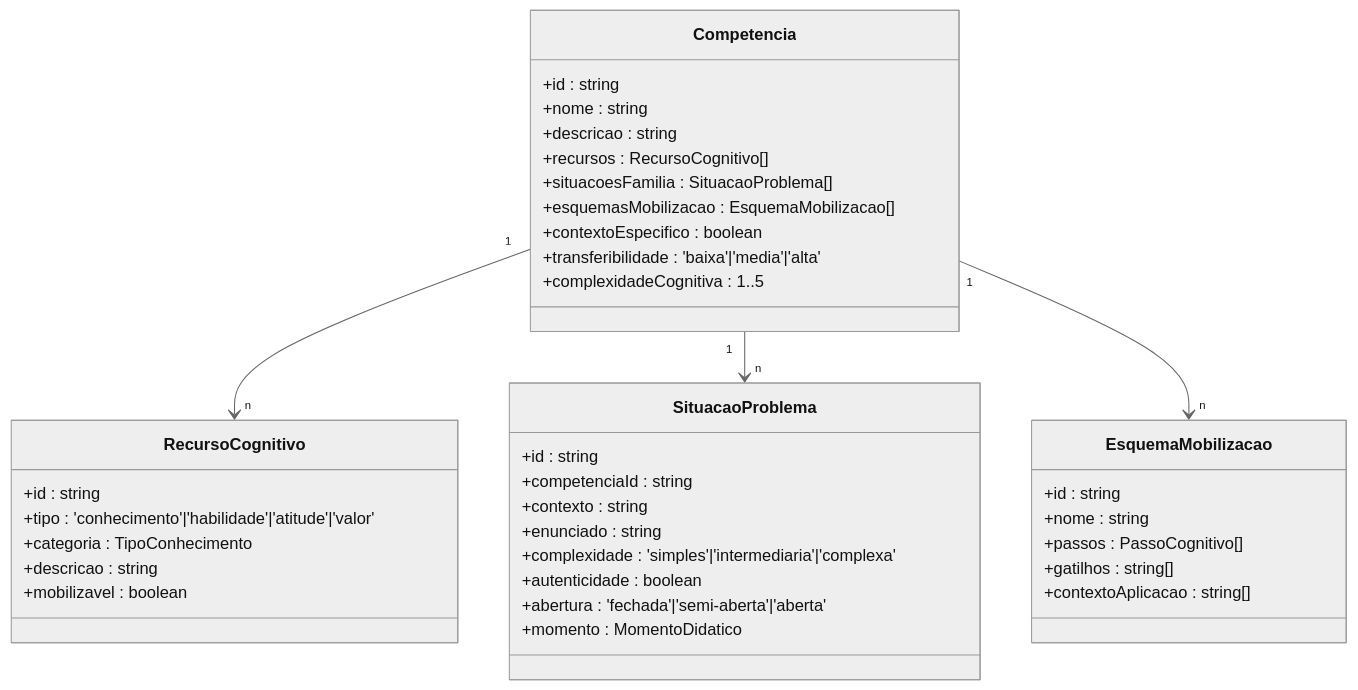
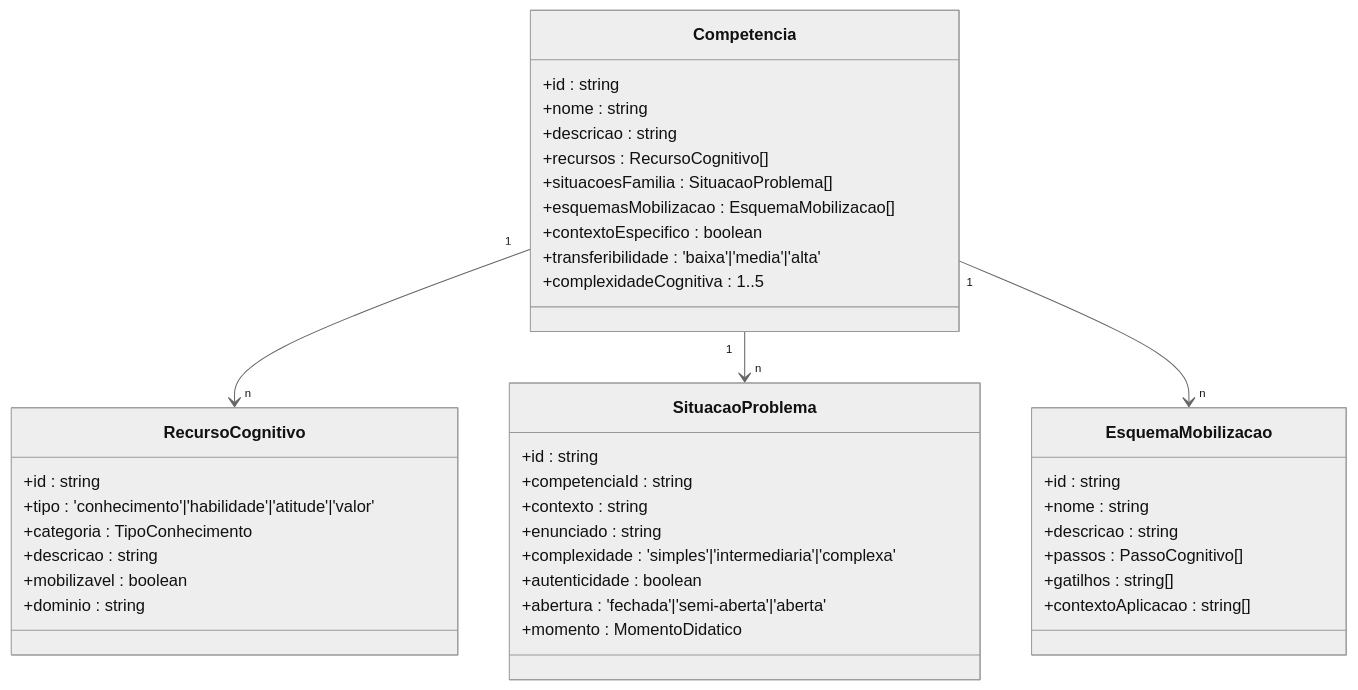
The fourth of 7 diagrams in .qoder/repowiki/pt/content/Domínio Pedagógico.md (jordansmedeiros/virtuquest), drawn with Mermaid (neutral theme) before and after one commit. The commit also changed other lines of this file and 22 other files, not shown here.

````diff
--- a/.qoder/repowiki/pt/content/Domínio Pedagógico.md
+++ b/.qoder/repowiki/pt/content/Domínio Pedagógico.md
@@ -414,41 +462,43 @@
 ```mermaid
 classDiagram
 class Competencia {
 +id : string
 +nome : string
 +descricao : string
 +recursos : RecursoCognitivo[]
 +situacoesFamilia : SituacaoProblema[]
 +esquemasMobilizacao : EsquemaMobilizacao[]
 +contextoEspecifico : boolean
 +transferibilidade : 'baixa'|'media'|'alta'
 +complexidadeCognitiva : 1..5
 }
 class RecursoCognitivo {
 +id : string
 +tipo : 'conhecimento'|'habilidade'|'atitude'|'valor'
 +categoria : TipoConhecimento
 +descricao : string
 +mobilizavel : boolean
++dominio : string
 }
 class SituacaoProblema {
 +id : string
 +competenciaId : string
 +contexto : string
 +enunciado : string
 +complexidade : 'simples'|'intermediaria'|'complexa'
 +autenticidade : boolean
 +abertura : 'fechada'|'semi-aberta'|'aberta'
 +momento : MomentoDidatico
 }
 class EsquemaMobilizacao {
 +id : string
 +nome : string
++descricao : string
 +passos : PassoCognitivo[]
 +gatilhos : string[]
 +contextoAplicacao : string[]
 }
 Competencia "1" --> "n" RecursoCognitivo
 Competencia "1" --> "n" SituacaoProblema
 Competencia "1" --> "n" EsquemaMobilizacao
 ```
````
